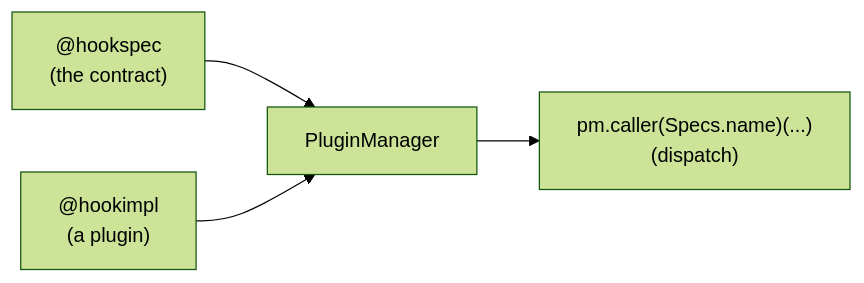
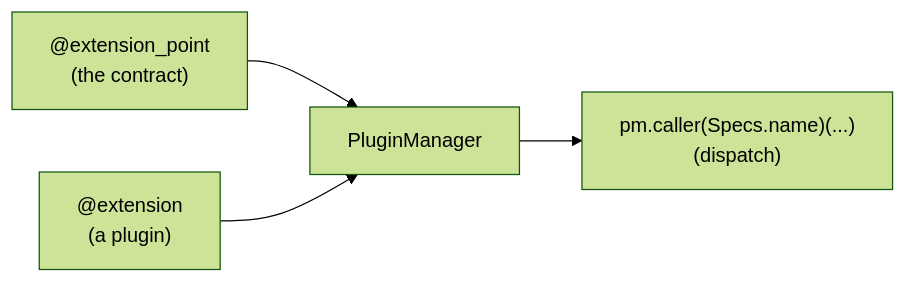
The diagram in docs/concepts/overview.md (winterop-com/pluginkit), drawn with Mermaid (forest theme) before and after one commit. The commit also changed other lines of this file and 53 other files, not shown here.

First line of the commit message:
refactor(api)!: rename decorators to extension_point / extension (0.4.0) (#6)

````diff
--- a/docs/concepts/overview.md
+++ b/docs/concepts/overview.md
@@ -7,6 +7,6 @@
 ```mermaid
 flowchart LR
-    spec["@hookspec<br/>(the contract)"] --> pm["PluginManager"]
-    impl["@hookimpl<br/>(a plugin)"] --> pm
+    spec["@extension_point<br/>(the contract)"] --> pm["PluginManager"]
+    impl["@extension<br/>(a plugin)"] --> pm
     pm --> call["pm.caller(Specs.name)(...)<br/>(dispatch)"]
 ```
````
